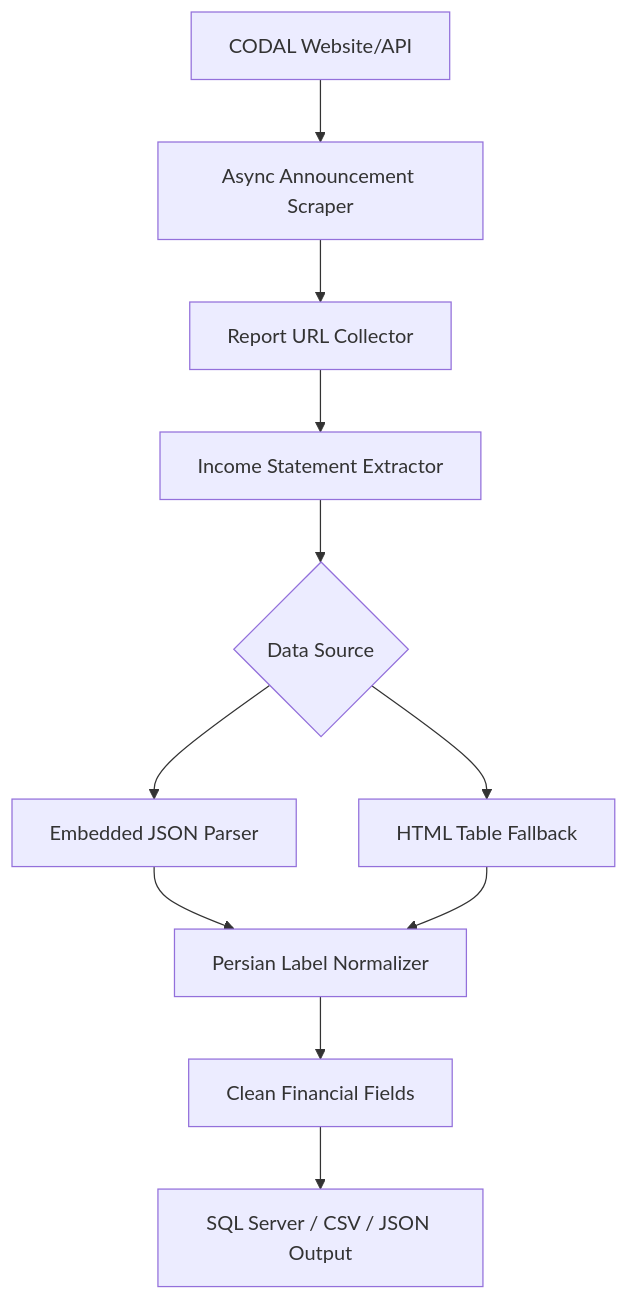
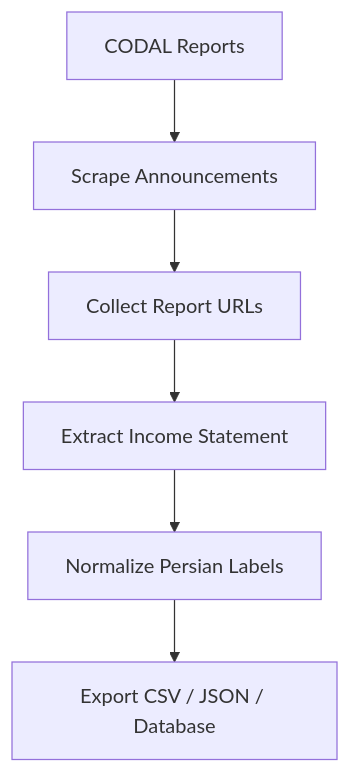
One commit to Amirmahdiover/codal-scraper changed the diagram in docs/architecture.md. Above: the diagram before and after it, drawn with Mermaid. The commit also changed other lines of this file, not shown here.

Commit message:
Simplify architecture overview

````diff
--- a/docs/architecture.md
+++ b/docs/architecture.md
@@ -5,13 +5,8 @@
 ```mermaid
 flowchart TD
-    A["CODAL Website/API"] --> B["Async Announcement Scraper"]
-    B --> C["Report URL Collector"]
-    C --> D["Income Statement Extractor"]
-    D --> E{"Data Source"}
-    E --> F["Embedded JSON Parser"]
-    E --> G["HTML Table Fallback"]
-    F --> H["Persian Label Normalizer"]
-    G --> H
-    H --> I["Clean Financial Fields"]
-    I --> J["SQL Server / CSV / JSON Output"]
+    A["CODAL Reports"] --> B["Scrape Announcements"]
+    B --> C["Collect Report URLs"]
+    C --> D["Extract Income Statement"]
+    D --> E["Normalize Persian Labels"]
+    E --> F["Export CSV / JSON / Database"]
 ```
````
